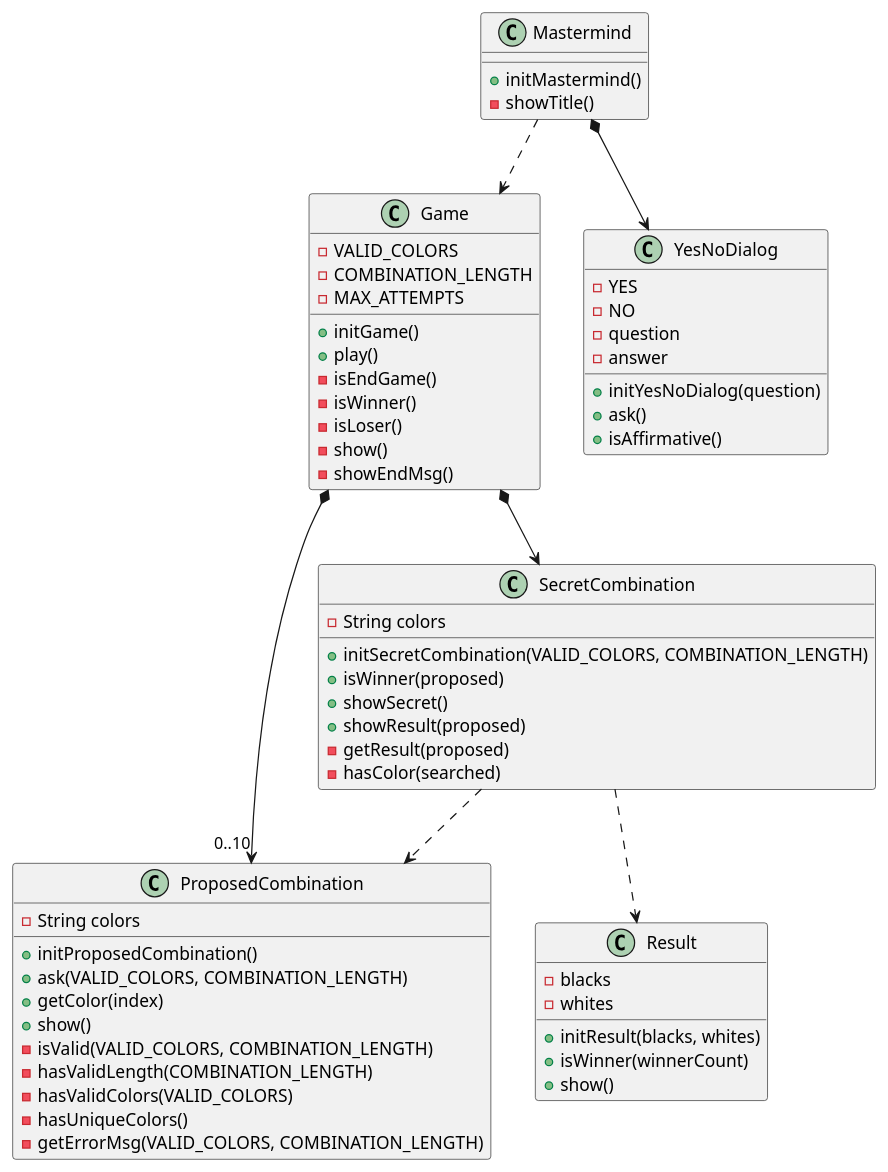
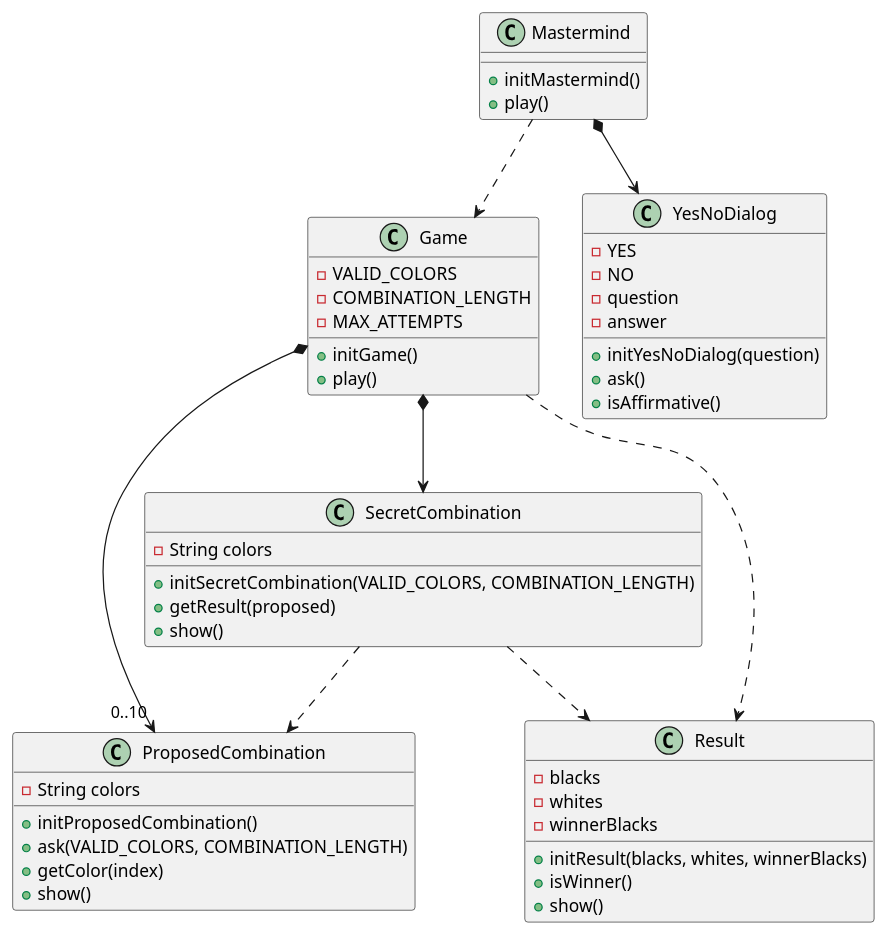
The diagram in docs/dev-resume/analysis.plantuml (PabloMartinFluvia/myGame-mastermind), drawn with PlantUML before and after one commit. The commit also changed 4 other files, not shown here.

```diff
--- a/docs/dev-resume/analysis.plantuml
+++ b/docs/dev-resume/analysis.plantuml
@@ -1,73 +1,62 @@
 @startuml analysis
 
 class Mastermind{  
 
     + initMastermind()
-    - showTitle()    
+    + play()    
 }
 Mastermind ..> Game
 Mastermind *--> YesNoDialog
 
 class Game{
     - VALID_COLORS
     - COMBINATION_LENGTH    
     - MAX_ATTEMPTS
 
     + initGame()
-    + play()        
-    - isEndGame()    
-    - isWinner()
-    - isLoser()
-    - show()
-    - showEndMsg()
+    + play()      
 }
 Game *--> SecretCombination
 Game *--> "0..10" ProposedCombination
+Game .down.> Result
 
 class SecretCombination{
     - String colors
     
-    + initSecretCombination(VALID_COLORS, COMBINATION_LENGTH)        
-    + isWinner(proposed)
-    + showSecret()
-    + showResult(proposed)
-    - getResult(proposed)
-    - hasColor(searched)
+    + initSecretCombination(VALID_COLORS, COMBINATION_LENGTH)    
+    + getResult(proposed)
+    + show()    
 }
 SecretCombination .down.> ProposedCombination
 SecretCombination .down.> Result
 
 class ProposedCombination{
     - String colors    
 
     + initProposedCombination()
     + ask(VALID_COLORS, COMBINATION_LENGTH)   
     + getColor(index)
     + show() 
-    - isValid(VALID_COLORS, COMBINATION_LENGTH)
-    - hasValidLength(COMBINATION_LENGTH)
-    - hasValidColors(VALID_COLORS)
-    - hasUniqueColors()
-    - getErrorMsg(VALID_COLORS, COMBINATION_LENGTH)
 }
 
 class Result{
-    -blacks
-    -whites
+    - blacks
+    - whites
+    - winnerBlacks
 
-    + initResult(blacks, whites)
-    + isWinner(winnerCount)
+    + initResult(blacks, whites, winnerBlacks)
+    + isWinner()
     + show()    
 }
 
 class YesNoDialog {
     - YES
     - NO
     - question
     - answer    
 
     + initYesNoDialog(question)
     + ask()
     + isAffirmative()
 }
 @enduml
```
